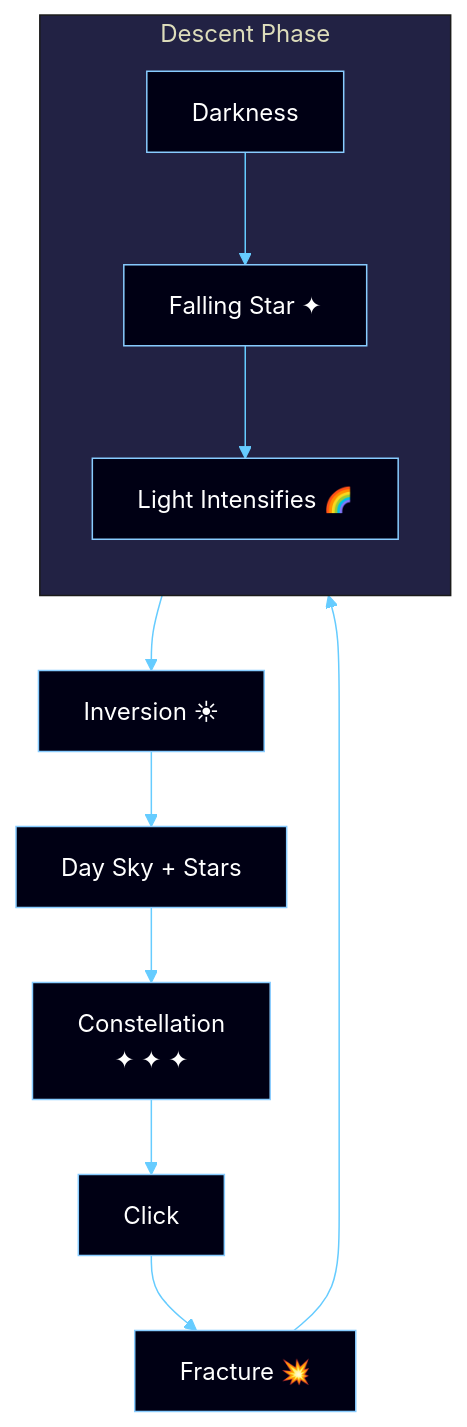
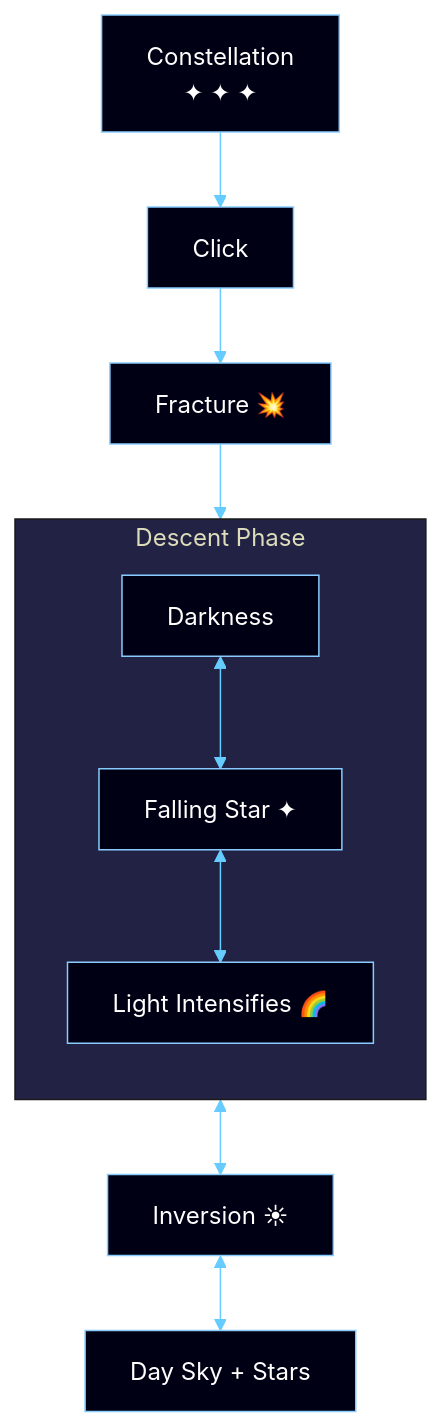
One commit to Yanagisawa-Noriko/constellation-fall changed the diagram in README.md. Above: the diagram before and after it, drawn with Mermaid.

Commit message:
Change flow direction in diagram in README.md

````diff
--- a/README.md
+++ b/README.md
@@ -1,32 +1,31 @@
 ```mermaid
 %%{
   init:{
     'theme':'base',
     'themeVariables': {
       'primaryColor': '#000014',
       'primaryTextColor': '#ffffff',
       'primaryBorderColor': '#88ccff',
       'lineColor': '#66ccff',
       'secondaryColor': '#111133',
       'tertiaryColor': '#222244'
     }
   }
 }%%
 flowchart TD
 
 A["Constellation<br>✦ ✦ ✦"] --> B["Click"]
 B --> C["Fracture 💥"]
 
 subgraph descent["Descent Phase"]
 direction TB
 D["Darkness"]
 E["Falling Star ✦"]
 F["Light Intensifies 🌈"]
-D --> E --> F
+D <--> E <--> F
 end
 
 C --> D
-F --> G["Inversion ☀"]
-G --> H["Day Sky + Stars"]
-H --> A
+F <--> G["Inversion ☀"]
+G <--> H["Day Sky + Stars"]
 ```
````
